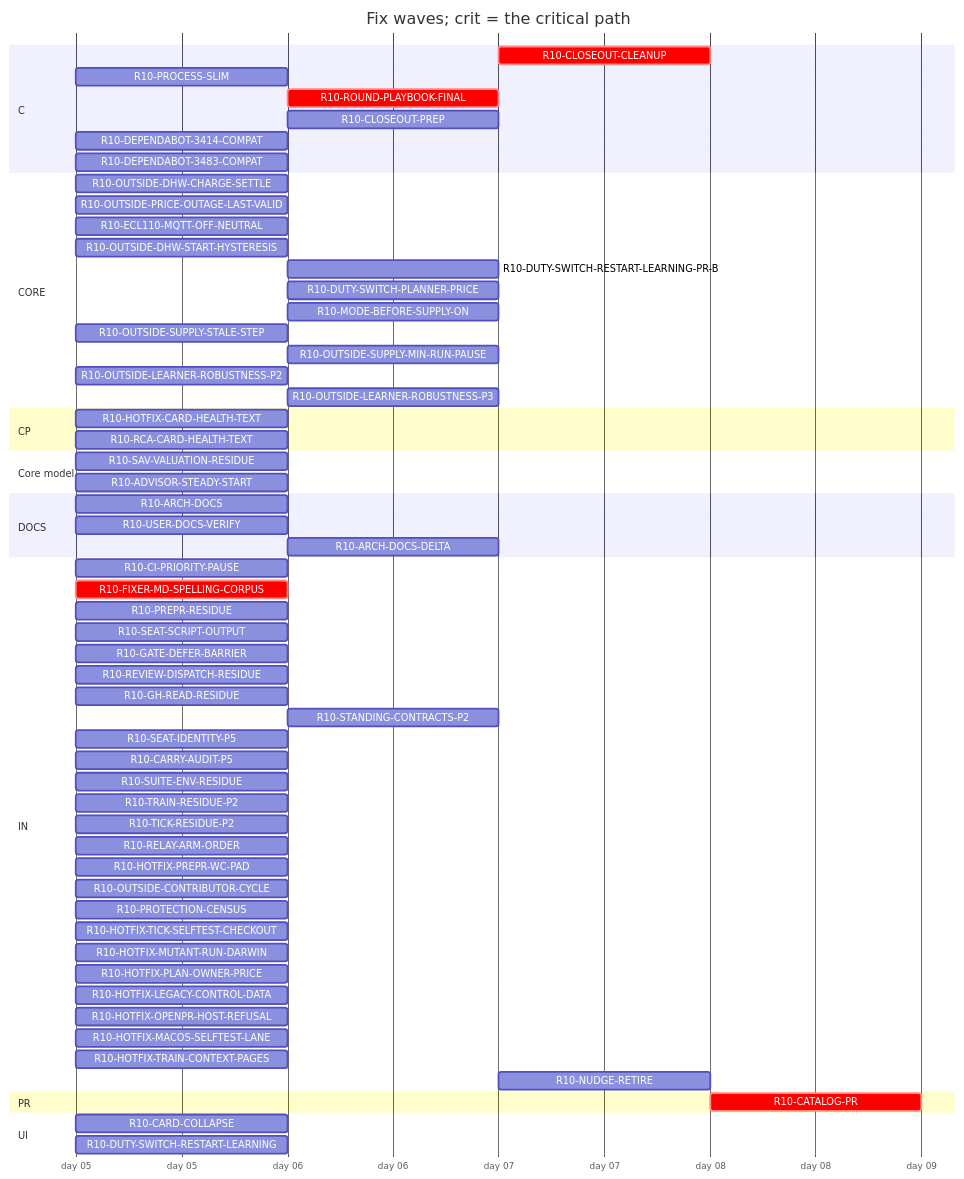
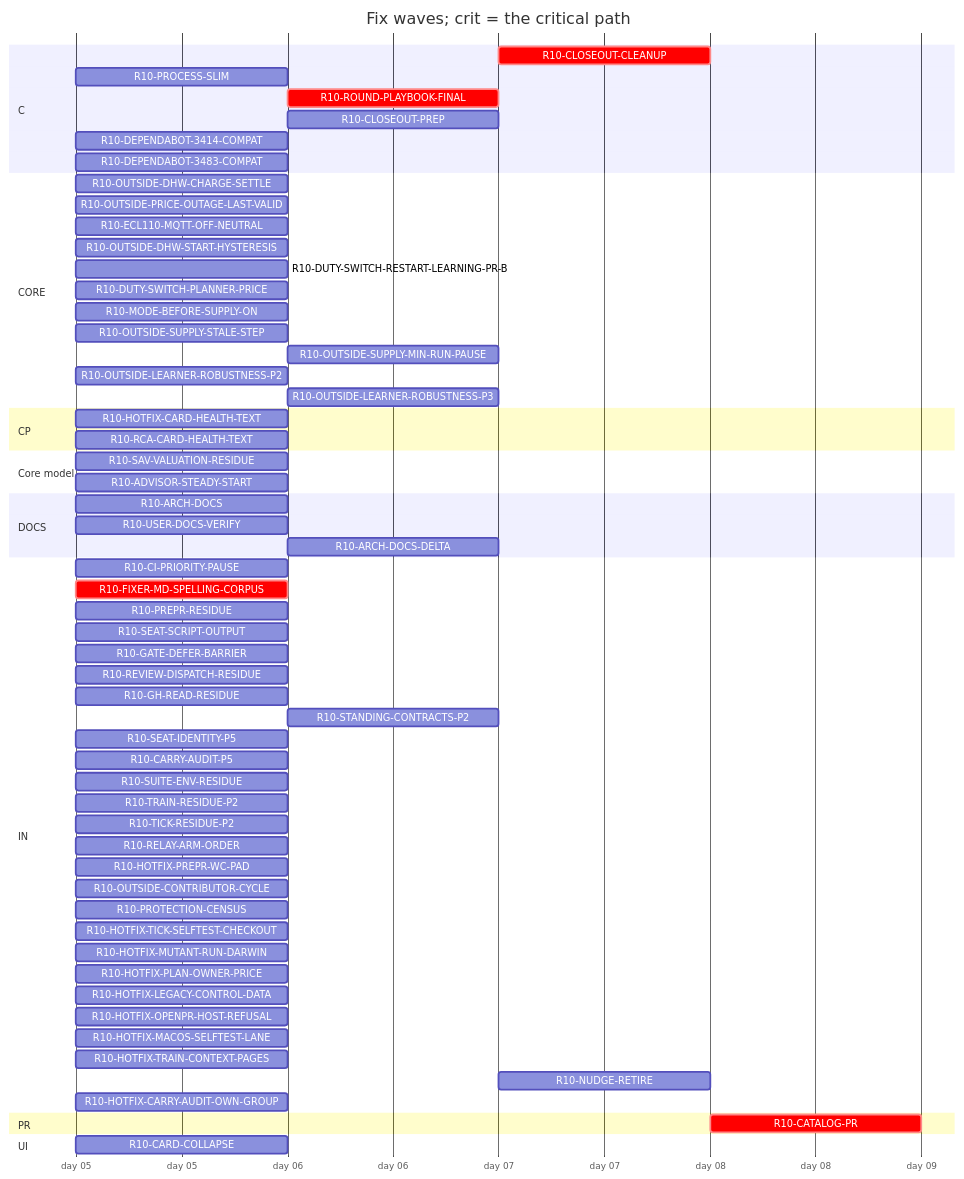
The diagram in handoff/round10/state/PLAN-TABLE.md (tvofi/heatpump_optimizer), drawn with Mermaid before and after one commit. The commit also changed other lines of this file and 4 other files, not shown here.

Commit message:
state: FLOW-BOARD.md, NEXT-SESSION-PROMPT.md, PLAN-TABLE.md, PLAN.html, RESUME-CURRENT.md regenerated (state_docs.py)

````diff
--- a/handoff/round10/state/PLAN-TABLE.md
+++ b/handoff/round10/state/PLAN-TABLE.md
@@ -21,66 +21,66 @@
 ```mermaid
 gantt
   title Fix waves; crit = the critical path
   dateFormat YYYY-MM-DD
   axisFormat day %d
   section C
     R10-CLOSEOUT-CLEANUP :crit, r10CLOSEOUTCLEANUP, after r10ARCHDOCS r10USERDOCSVERIFY r10ROUNDPLAYBOOKFINAL r10CLOSEOUTPREP r10ARCHDOCSDELTA, 1d
     R10-PROCESS-SLIM :r10PROCESSSLIM, 2026-01-05, 1d
     R10-ROUND-PLAYBOOK-FINAL :crit, r10ROUNDPLAYBOOKFINAL, after r10FIXERMDSPELLINGCORPUS, 1d
     R10-CLOSEOUT-PREP :r10CLOSEOUTPREP, after r10ARCHDOCS r10FIXERMDSPELLINGCORPUS, 1d
     R10-DEPENDABOT-3414-COMPAT :r10DEPENDABOT3414COMPAT, 2026-01-05, 1d
     R10-DEPENDABOT-3483-COMPAT :r10DEPENDABOT3483COMPAT, 2026-01-05, 1d
   section CORE
     R10-OUTSIDE-DHW-CHARGE-SETTLE :r10OUTSIDEDHWCHARGESETTLE, 2026-01-05, 1d
     R10-OUTSIDE-PRICE-OUTAGE-LAST-VALID :r10OUTSIDEPRICEOUTAGELASTVALID, 2026-01-05, 1d
     R10-ECL110-MQTT-OFF-NEUTRAL :r10ECL110MQTTOFFNEUTRAL, 2026-01-05, 1d
     R10-OUTSIDE-DHW-START-HYSTERESIS :r10OUTSIDEDHWSTARTHYSTERESIS, 2026-01-05, 1d
-    R10-DUTY-SWITCH-RESTART-LEARNING-PR-B :r10DUTYSWITCHRESTARTLEARNINGPRB, after r10DUTYSWITCHRESTARTLEARNING, 1d
-    R10-DUTY-SWITCH-PLANNER-PRICE :r10DUTYSWITCHPLANNERPRICE, after r10DUTYSWITCHRESTARTLEARNING, 1d
-    R10-MODE-BEFORE-SUPPLY-ON :r10MODEBEFORESUPPLYON, after r10DUTYSWITCHRESTARTLEARNING, 1d
+    R10-DUTY-SWITCH-RESTART-LEARNING-PR-B :r10DUTYSWITCHRESTARTLEARNINGPRB, 2026-01-05, 1d
+    R10-DUTY-SWITCH-PLANNER-PRICE :r10DUTYSWITCHPLANNERPRICE, 2026-01-05, 1d
+    R10-MODE-BEFORE-SUPPLY-ON :r10MODEBEFORESUPPLYON, 2026-01-05, 1d
     R10-OUTSIDE-SUPPLY-STALE-STEP :r10OUTSIDESUPPLYSTALESTEP, 2026-01-05, 1d
     R10-OUTSIDE-SUPPLY-MIN-RUN-PAUSE :r10OUTSIDESUPPLYMINRUNPAUSE, after r10OUTSIDESUPPLYSTALESTEP, 1d
     R10-OUTSIDE-LEARNER-ROBUSTNESS-P2 :r10OUTSIDELEARNERROBUSTNESSP2, 2026-01-05, 1d
     R10-OUTSIDE-LEARNER-ROBUSTNESS-P3 :r10OUTSIDELEARNERROBUSTNESSP3, after r10OUTSIDELEARNERROBUSTNESSP2, 1d
   section CP
     R10-HOTFIX-CARD-HEALTH-TEXT :r10HOTFIXCARDHEALTHTEXT, 2026-01-05, 1d
     R10-RCA-CARD-HEALTH-TEXT :r10RCACARDHEALTHTEXT, 2026-01-05, 1d
   section Core model
     R10-SAV-VALUATION-RESIDUE :r10SAVVALUATIONRESIDUE, 2026-01-05, 1d
     R10-ADVISOR-STEADY-START :r10ADVISORSTEADYSTART, 2026-01-05, 1d
   section DOCS
     R10-ARCH-DOCS :r10ARCHDOCS, 2026-01-05, 1d
     R10-USER-DOCS-VERIFY :r10USERDOCSVERIFY, 2026-01-05, 1d
     R10-ARCH-DOCS-DELTA :r10ARCHDOCSDELTA, after r10ARCHDOCS r10SAVVALUATIONRESIDUE r10ADVISORSTEADYSTART r10PROCESSSLIM, 1d
   section IN
     R10-CI-PRIORITY-PAUSE :r10CIPRIORITYPAUSE, 2026-01-05, 1d
     R10-FIXER-MD-SPELLING-CORPUS :crit, r10FIXERMDSPELLINGCORPUS, 2026-01-05, 1d
     R10-PREPR-RESIDUE :r10PREPRRESIDUE, 2026-01-05, 1d
     R10-SEAT-SCRIPT-OUTPUT :r10SEATSCRIPTOUTPUT, 2026-01-05, 1d
     R10-GATE-DEFER-BARRIER :r10GATEDEFERBARRIER, 2026-01-05, 1d
     R10-REVIEW-DISPATCH-RESIDUE :r10REVIEWDISPATCHRESIDUE, 2026-01-05, 1d
     R10-GH-READ-RESIDUE :r10GHREADRESIDUE, 2026-01-05, 1d
     R10-STANDING-CONTRACTS-P2 :r10STANDINGCONTRACTSP2, after r10FIXERMDSPELLINGCORPUS, 1d
     R10-SEAT-IDENTITY-P5 :r10SEATIDENTITYP5, 2026-01-05, 1d
     R10-CARRY-AUDIT-P5 :r10CARRYAUDITP5, 2026-01-05, 1d
     R10-SUITE-ENV-RESIDUE :r10SUITEENVRESIDUE, 2026-01-05, 1d
     R10-TRAIN-RESIDUE-P2 :r10TRAINRESIDUEP2, 2026-01-05, 1d
     R10-TICK-RESIDUE-P2 :r10TICKRESIDUEP2, 2026-01-05, 1d
     R10-RELAY-ARM-ORDER :r10RELAYARMORDER, 2026-01-05, 1d
     R10-HOTFIX-PREPR-WC-PAD :r10HOTFIXPREPRWCPAD, 2026-01-05, 1d
     R10-OUTSIDE-CONTRIBUTOR-CYCLE :r10OUTSIDECONTRIBUTORCYCLE, 2026-01-05, 1d
     R10-PROTECTION-CENSUS :r10PROTECTIONCENSUS, 2026-01-05, 1d
     R10-HOTFIX-TICK-SELFTEST-CHECKOUT :r10HOTFIXTICKSELFTESTCHECKOUT, 2026-01-05, 1d
     R10-HOTFIX-MUTANT-RUN-DARWIN :r10HOTFIXMUTANTRUNDARWIN, 2026-01-05, 1d
     R10-HOTFIX-PLAN-OWNER-PRICE :r10HOTFIXPLANOWNERPRICE, 2026-01-05, 1d
     R10-HOTFIX-LEGACY-CONTROL-DATA :r10HOTFIXLEGACYCONTROLDATA, 2026-01-05, 1d
     R10-HOTFIX-OPENPR-HOST-REFUSAL :r10HOTFIXOPENPRHOSTREFUSAL, 2026-01-05, 1d
     R10-HOTFIX-MACOS-SELFTEST-LANE :r10HOTFIXMACOSSELFTESTLANE, 2026-01-05, 1d
     R10-HOTFIX-TRAIN-CONTEXT-PAGES :r10HOTFIXTRAINCONTEXTPAGES, 2026-01-05, 1d
     R10-NUDGE-RETIRE :r10NUDGERETIRE, after r10ROUNDPLAYBOOKFINAL, 1d
+    R10-HOTFIX-CARRY-AUDIT-OWN-GROUP :r10HOTFIXCARRYAUDITOWNGROUP, 2026-01-05, 1d
   section PR
     R10-CATALOG-PR :crit, r10CATALOGPR, after r10USERDOCSVERIFY r10ARCHDOCS r10ROUNDPLAYBOOKFINAL r10CLOSEOUTCLEANUP r10CLOSEOUTPREP r10ARCHDOCSDELTA, 1d
   section UI
     R10-CARD-COLLAPSE :r10CARDCOLLAPSE, 2026-01-05, 1d
-    R10-DUTY-SWITCH-RESTART-LEARNING :r10DUTYSWITCHRESTARTLEARNING, 2026-01-05, 1d
 ```
````
